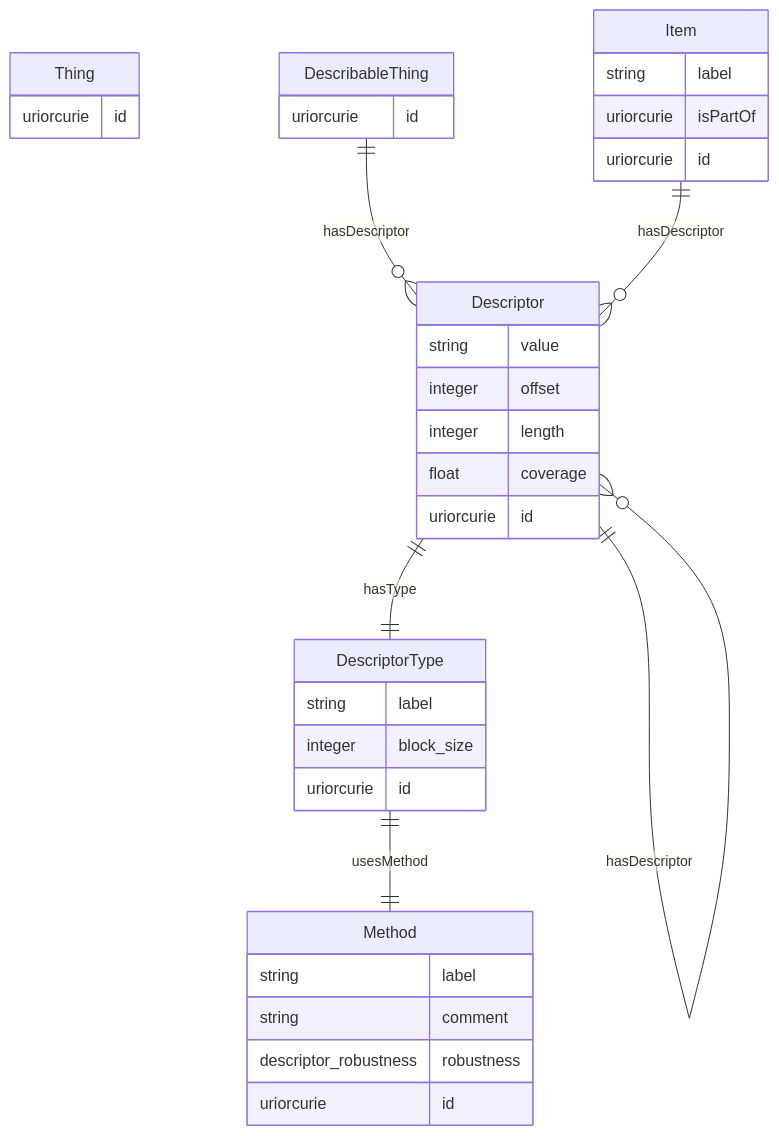
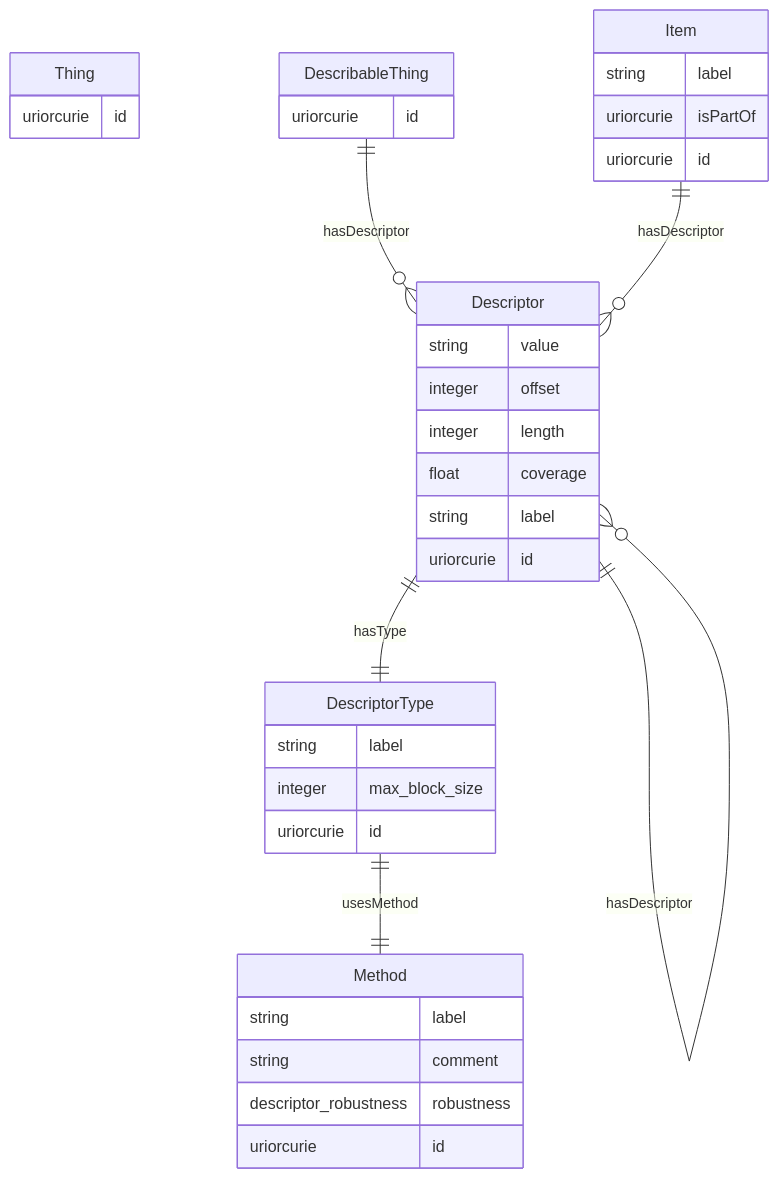
Before and after one commit to vladistan/crystalia-public-docs: the diagram in dist/erd.mermaid, drawn with Mermaid. The commit also changed other lines of this file and 58 other files, not shown here.

```diff
--- a/dist/erd.mermaid
+++ b/dist/erd.mermaid
@@ -1,36 +1,37 @@
 erDiagram
 Thing {
     uriorcurie id  
 }
 DescribableThing {
     uriorcurie id  
 }
 Item {
     string label  
     uriorcurie isPartOf  
     uriorcurie id  
 }
 Descriptor {
     string value  
     integer offset  
     integer length  
     float coverage  
+    string label  
     uriorcurie id  
 }
 DescriptorType {
     string label  
-    integer block_size  
+    integer max_block_size  
     uriorcurie id  
 }
 Method {
     string label  
     string comment  
     descriptor_robustness robustness  
     uriorcurie id  
 }
 
 DescribableThing ||--}o Descriptor : "hasDescriptor"
 Item ||--}o Descriptor : "hasDescriptor"
 Descriptor ||--|| DescriptorType : "hasType"
 Descriptor ||--}o Descriptor : "hasDescriptor"
 DescriptorType ||--|| Method : "usesMethod"
```
